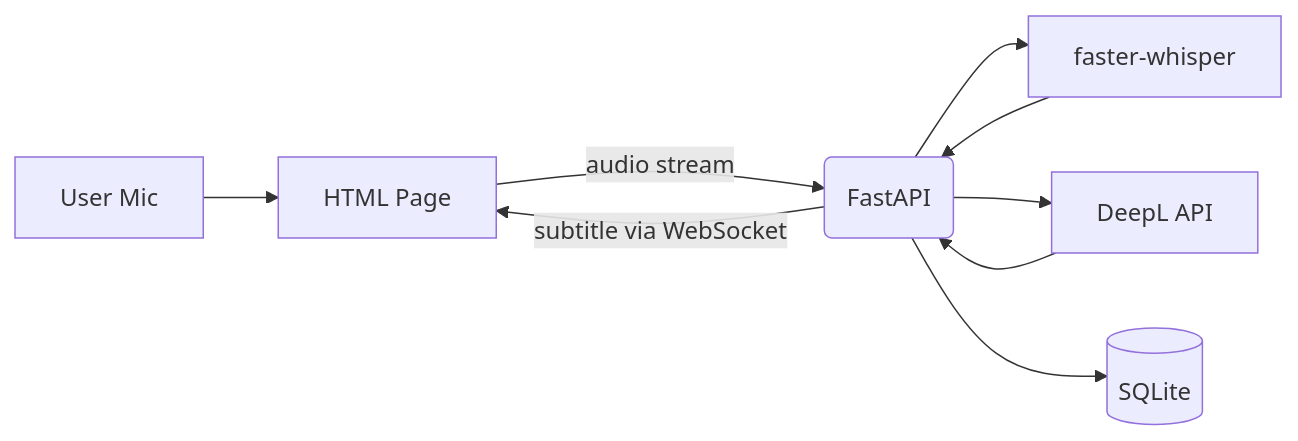
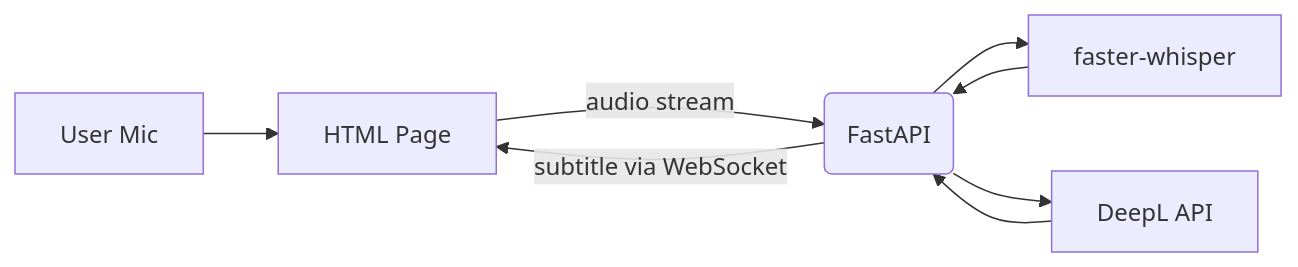
One commit to kazukiminemura/Bilingual_Live_Translator changed the diagram in docs/architecture.md. Above: the diagram before and after it, drawn with Mermaid. The commit also changed other lines of this file, not shown here.

Commit message:
docs: simplify architecture for demo

````diff
--- a/docs/architecture.md
+++ b/docs/architecture.md
@@ -12,11 +12,10 @@
 ```mermaid
 graph LR
     A[User Mic] --> B[HTML Page]
     B -- audio stream --> C(FastAPI)
     C --> D[faster-whisper]
     D --> C
     C --> E[DeepL API]
     E --> C
-    C --> F[(SQLite)]
     C -- subtitle via WebSocket --> B
 ```
````
